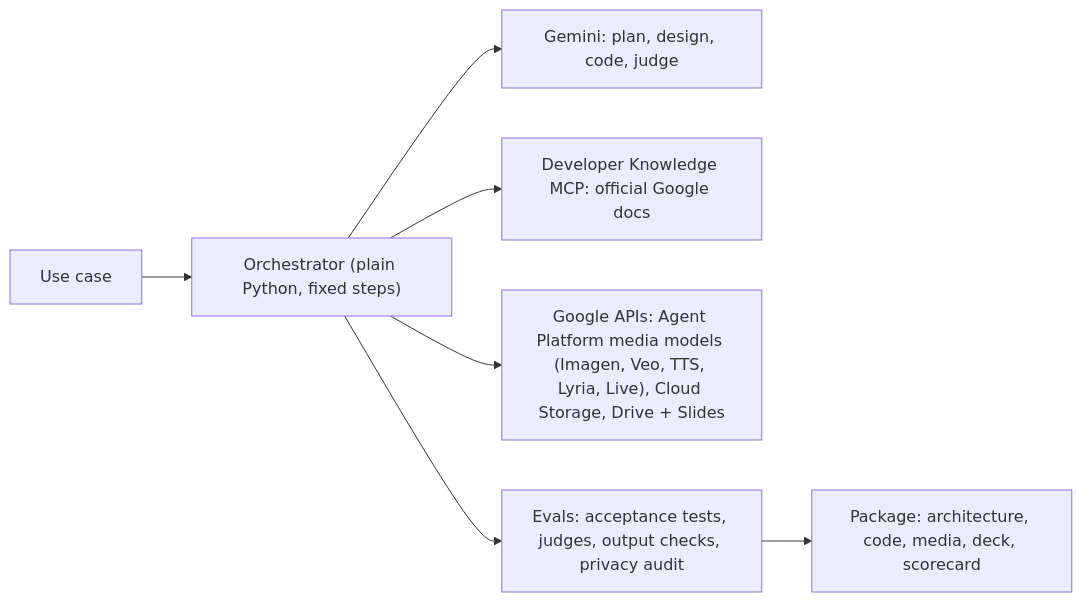
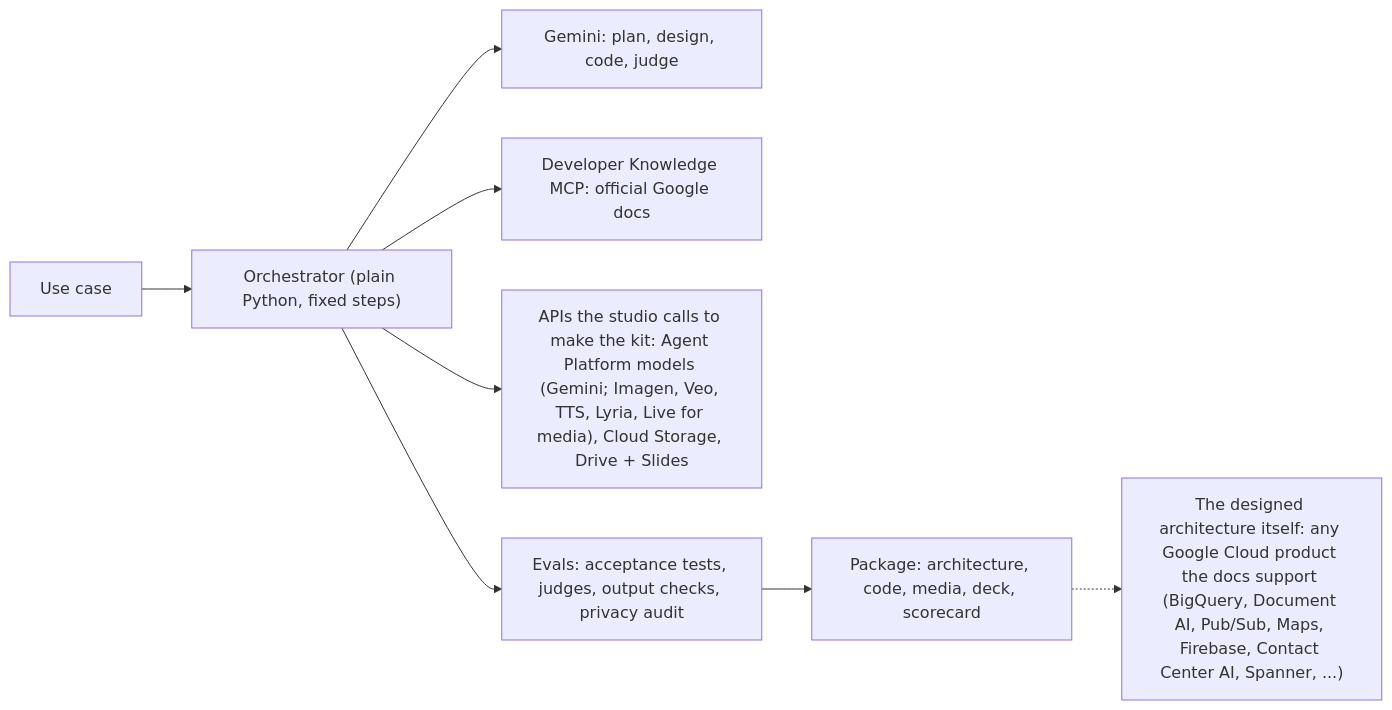
One commit to LUJ20/eliminating-custom-demo-toil-with-google-mcp changed the first of 2 diagrams in README.md. Above: the diagram before and after it, drawn with Mermaid. The commit also changed other lines of this file and 3 other files, not shown here.

First line of the commit message:
Planner: any Google Cloud product, no example list; two more renames; README diagram separates the studio's own API calls from the designed architecture

````diff
--- a/README.md
+++ b/README.md
@@ -37,9 +37,10 @@
 ```mermaid
 flowchart LR
     U["Use case"] --> O["Orchestrator (plain Python, fixed steps)"]
     O --> B["Gemini: plan, design, code, judge"]
     O --> K["Developer Knowledge MCP: official Google docs"]
-    O --> T["Google APIs: Agent Platform media models (Imagen, Veo, TTS, Lyria, Live), Cloud Storage, Drive + Slides"]
+    O --> T["APIs the studio calls to make the kit: Agent Platform models (Gemini; Imagen, Veo, TTS, Lyria, Live for media), Cloud Storage, Drive + Slides"]
     O --> E["Evals: acceptance tests, judges, output checks, privacy audit"]
     E --> P["Package: architecture, code, media, deck, scorecard"]
+    P -.-> A["The designed architecture itself: any Google Cloud product the docs support (BigQuery, Document AI, Pub/Sub, Maps, Firebase, Contact Center AI, Spanner, ...)"]
 ```
````
